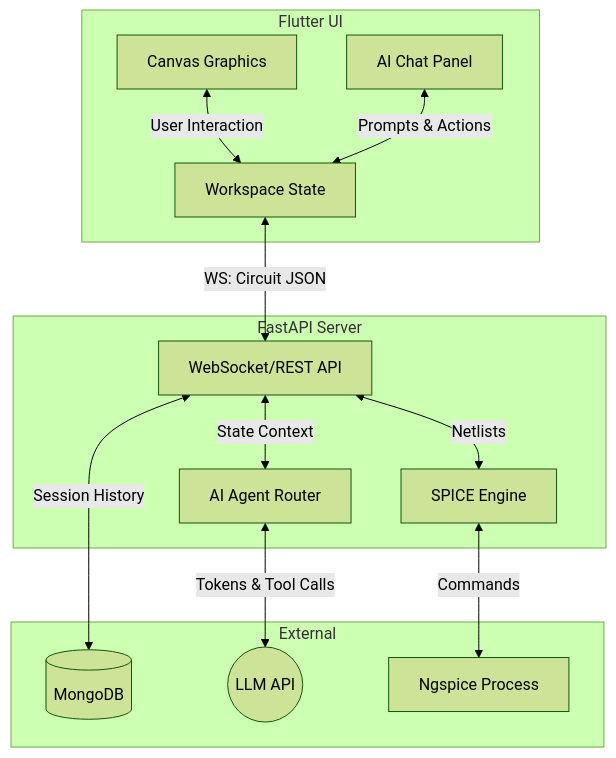
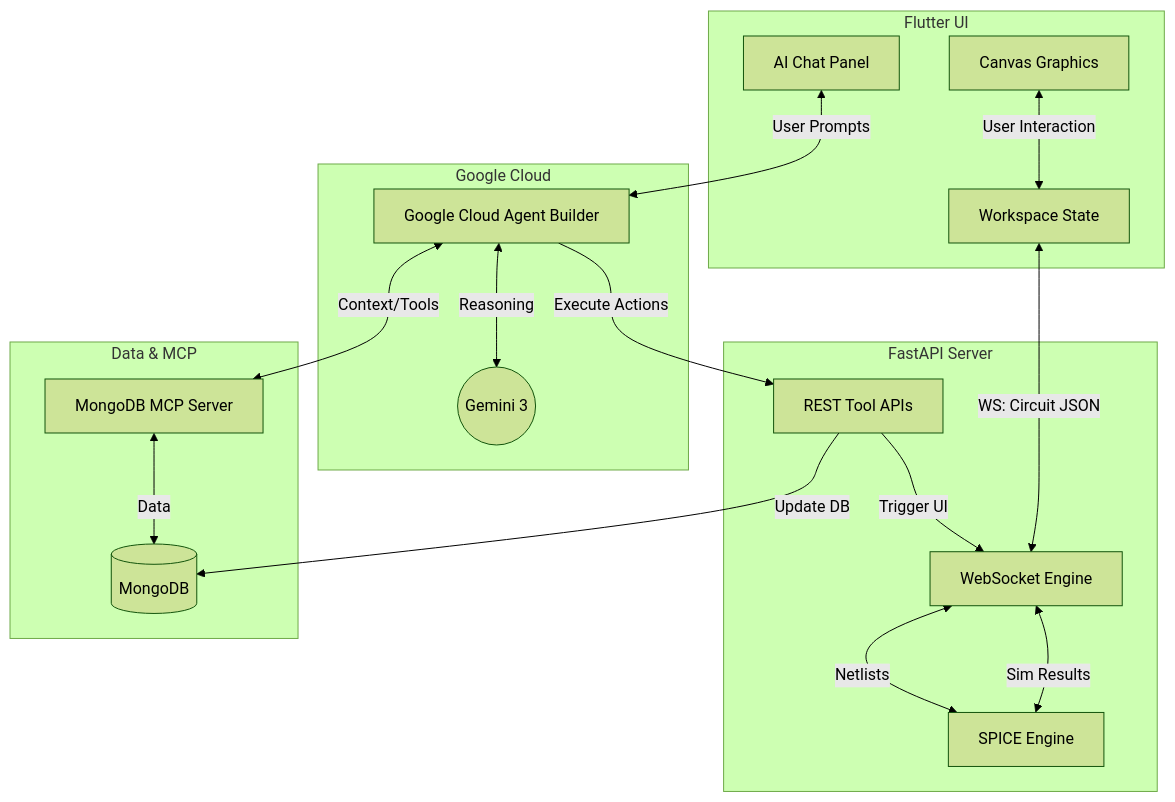
Before and after one commit to hermes13002/ecs_rapid_agent_hackathon: the diagram in README.md, drawn with Mermaid (forest theme). The commit also changed other lines of this file, not shown here.

Commit message:
update: readme file updated

````diff
--- a/README.md
+++ b/README.md
@@ -37,33 +38,39 @@
 ```mermaid
 graph TD
     subgraph Frontend [Flutter UI]
         C[Canvas Graphics]
         IDE[AI Chat Panel]
         State[Workspace State]
     end
 
     subgraph Backend [FastAPI Server]
-        API[WebSocket/REST API]
+        REST[REST Tool APIs]
+        WS[WebSocket Engine]
         SE[SPICE Engine]
-        AI[AI Agent Router]
     end
 
-    subgraph External
+    subgraph Google Cloud
+        Agent[Google Cloud Agent Builder]
+        Gemini((Gemini 3))
+    end
+
+    subgraph Data & MCP
         DB[(MongoDB)]
-        LLM((LLM API))
-        NG[Ngspice Process]
+        MCP[MongoDB MCP Server]
     end
 
     C <-->|User Interaction| State
-    IDE <-->|Prompts & Actions| State
+    IDE <-->|User Prompts| Agent
     
-    State <-->|WS: Circuit JSON| API
+    Agent <-->|Reasoning| Gemini
+    Agent <-->|Context/Tools| MCP
+    MCP <-->|Data| DB
     
-    API <-->|Netlists| SE
-    SE <-->|Commands| NG
+    Agent -->|Execute Actions| REST
+    REST -->|Update DB| DB
+    REST -->|Trigger UI| WS
     
-    API <-->|State Context| AI
-    AI <-->|Tokens & Tool Calls| LLM
-    
-    API <-->|Session History| DB
+    State <-->|WS: Circuit JSON| WS
+    WS <-->|Netlists| SE
+    SE <-->|Sim Results| WS
 ```
````
